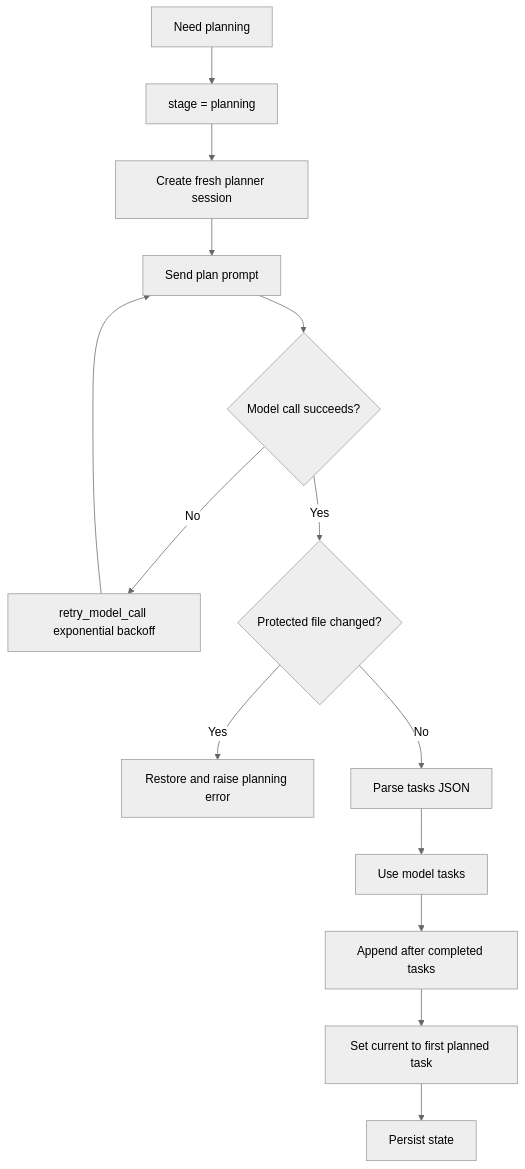
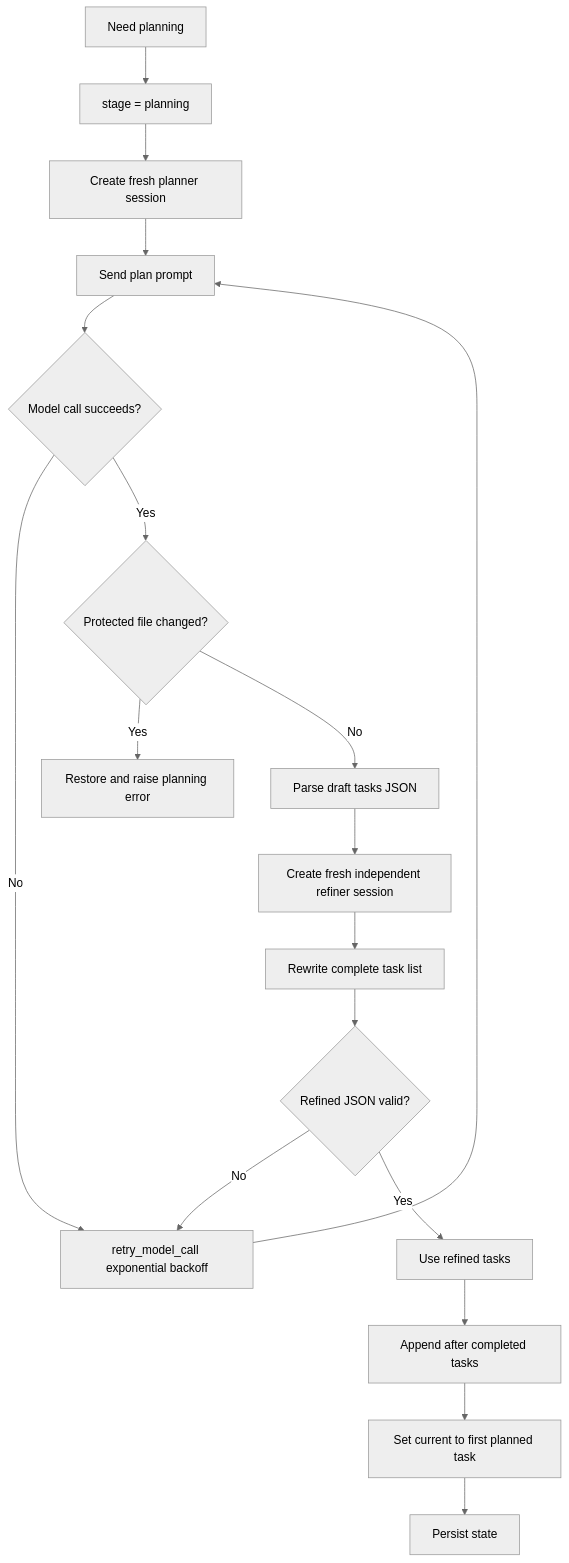
One commit to kevin840307/ai-task-runner changed the fifth of 9 diagrams in docs/DESIGN.md. Above: the diagram before and after it, drawn with Mermaid (neutral theme). The commit also changed other lines of this file and 10 other files, not shown here.

````diff
--- a/docs/DESIGN.md
+++ b/docs/DESIGN.md
@@ -388,16 +388,20 @@
 ```mermaid
 flowchart TD
     A[Need planning] --> B[stage = planning]
     B --> C[Create fresh planner session]
     C --> D[Send plan prompt]
     D --> E{Model call succeeds?}
     E -- No --> F[retry_model_call exponential backoff]
     F --> D
     E -- Yes --> G{Protected file changed?}
     G -- Yes --> H[Restore and raise planning error]
-    G -- No --> I[Parse tasks JSON]
-    I --> M[Use model tasks]
+    G -- No --> I[Parse draft tasks JSON]
+    I --> J[Create fresh independent refiner session]
+    J --> K[Rewrite complete task list]
+    K --> L{Refined JSON valid?}
+    L -- No --> F
+    L -- Yes --> M[Use refined tasks]
     M --> N[Append after completed tasks]
     N --> O[Set current to first planned task]
     O --> P[Persist state]
 ```
````
